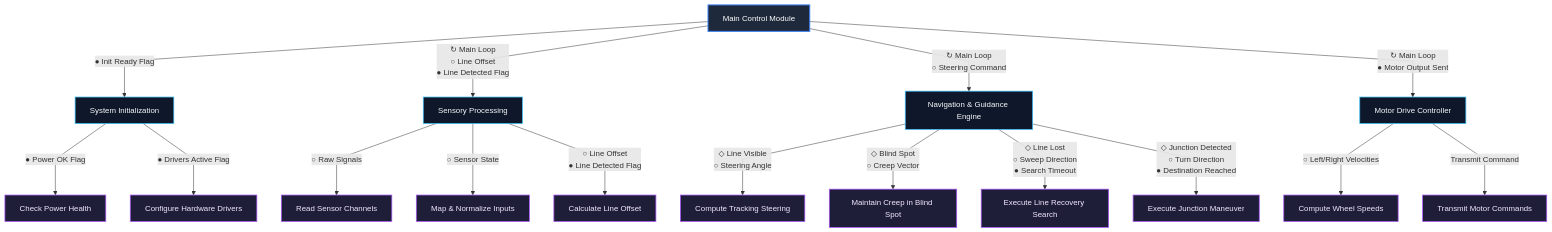
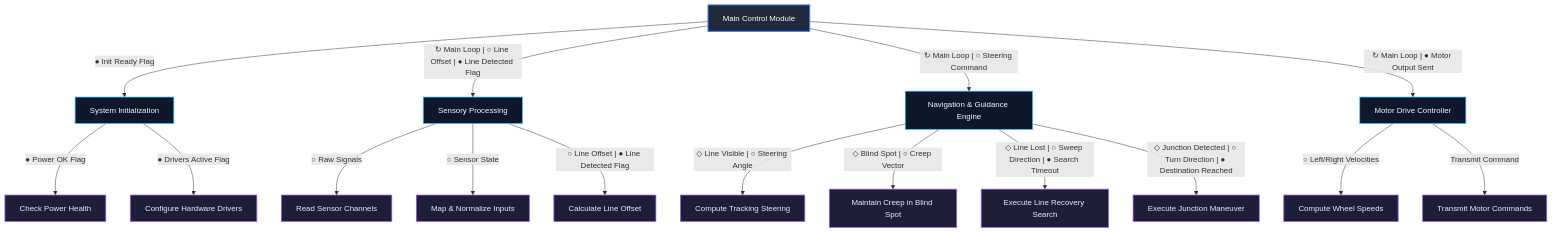
Before and after one commit to 1DannyYu/IRSENSORCAR: the diagram in structure_chart.md, drawn with Mermaid. The commit also changed other lines of this file and 8 other files, not shown here.

Commit message:
Update IR tracing diagrams and generated artifacts

````diff
--- a/structure_chart.md
+++ b/structure_chart.md
@@ -18,58 +21,26 @@
 ```mermaid
-%%{init: {'flowchart': {'curve': 'linear'}}}%%
-flowchart TD
-    %% Level 0 - Main Module
-    Main["Main Control Module"]
+flowchart TB
+    Main["Main Control Module"] -- "● Init Ready Flag" --> Init["System Initialization"]
+    Main -- "↻ Main Loop | ○ Line Offset | ● Line Detected Flag" --> Sense["Sensory Processing"]
+    Main -- "↻ Main Loop | ○ Steering Command" --> Nav["Navigation & Guidance Engine"]
+    Main -- "↻ Main Loop | ● Motor Output Sent" --> Motor["Motor Drive Controller"]
+    Init -- "● Power OK Flag" --> PwrCheck["Check Power Health"]
+    Init -- "● Drivers Active Flag" --> DrvConfig["Configure Hardware Drivers"]
+    Sense -- "○ Raw Signals" --> ReadIR["Read Sensor Channels"]
+    Sense -- "○ Sensor State" --> MapIR["Map & Normalize Inputs"]
+    Sense -- "○ Line Offset | ● Line Detected Flag" --> CalcPos["Calculate Line Offset"]
+    Nav -- "◇ Line Visible | ○ Steering Angle" --> TrackLine["Compute Tracking Steering"]
+    Nav -- "◇ Blind Spot | ○ Creep Vector" --> CreepGap["Maintain Creep in Blind Spot"]
+    Nav -- "◇ Line Lost | ○ Sweep Direction | ● Search Timeout" --> SearchLine["Execute Line Recovery Search"]
+    Nav -- "◇ Junction Detected | ○ Turn Direction | ● Destination Reached" --> ExecJunct["Execute Junction Maneuver"]
+    Motor -- "○ Left/Right Velocities" --> CalcSpeeds["Compute Wheel Speeds"]
+    Motor -- "Transmit Command" --> SendDrive["Transmit Motor Commands"]
 
-    %% Level 1 Sub-modules
-    Init["System Initialization"]
-    Sense["Sensory Processing"]
-    Nav["Navigation & Guidance Engine"]
-    Motor["Motor Drive Controller"]
-
-    %% Level 0 -> Level 1 Invocation & Couples
-    Main -->|"● Init Ready Flag"| Init
-    Main -->|"↻ Main Loop<br>○ Line Offset<br>● Line Detected Flag"| Sense
-    Main -->|"↻ Main Loop<br>○ Steering Command"| Nav
-    Main -->|"↻ Main Loop<br>● Motor Output Sent"| Motor
-
-    %% Level 1 -> Level 2: System Initialization
-    PwrCheck["Check Power Health"]
-    DrvConfig["Configure Hardware Drivers"]
-    Init -->|"● Power OK Flag"| PwrCheck
-    Init -->|"● Drivers Active Flag"| DrvConfig
-
-    %% Level 1 -> Level 2: Sensory Processing
-    ReadIR["Read Sensor Channels"]
-    MapIR["Map & Normalize Inputs"]
-    CalcPos["Calculate Line Offset"]
-    Sense -->|"○ Raw Signals"| ReadIR
-    Sense -->|"○ Sensor State"| MapIR
-    Sense -->|"○ Line Offset<br>● Line Detected Flag"| CalcPos
-
-    %% Level 1 -> Level 2: Navigation & Guidance
-    TrackLine["Compute Tracking Steering"]
-    CreepGap["Maintain Creep in Blind Spot"]
-    SearchLine["Execute Line Recovery Search"]
-    ExecJunct["Execute Junction Maneuver"]
-
-    Nav -->|"◇ Line Visible<br>○ Steering Angle"| TrackLine
-    Nav -->|"◇ Blind Spot<br>○ Creep Vector"| CreepGap
-    Nav -->|"◇ Line Lost<br>○ Sweep Direction<br>● Search Timeout"| SearchLine
-    Nav -->|"◇ Junction Detected<br>○ Turn Direction<br>● Destination Reached"| ExecJunct
-
-    %% Level 1 -> Level 2: Motor Drive Controller
-    CalcSpeeds["Compute Wheel Speeds"]
-    SendDrive["Transmit Motor Commands"]
-    Motor -->|"○ Left/Right Velocities"| CalcSpeeds
-    Motor -->|"Transmit Command"| SendDrive
-
-    %% Styling
     classDef main fill:#1e293b,stroke:#3b82f6,stroke-width:2px,color:#ffffff
     classDef l1 fill:#0f172a,stroke:#38bdf8,stroke-width:1.5px,color:#f8fafc
     classDef l2 fill:#1e1e38,stroke:#a855f7,stroke-width:1.5px,color:#f3e8ff
 
     class Main main
     class Init,Sense,Nav,Motor l1
     class PwrCheck,DrvConfig,ReadIR,MapIR,CalcPos,TrackLine,CreepGap,SearchLine,ExecJunct,CalcSpeeds,SendDrive l2
 ```
````
